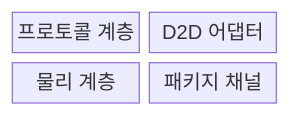
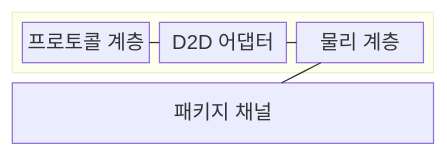
Before and after one commit to agnusdei1207/knowledge-base: the first of 2 diagrams in src/content/docs/notes/02-hardware/050_ucie.md, drawn with Mermaid. The commit also changed other lines of this file and 20 other files, not shown here.

````diff
--- a/src/content/docs/notes/02-hardware/050_ucie.md
+++ b/src/content/docs/notes/02-hardware/050_ucie.md
@@ -69,8 +66,14 @@
 ```mermaid
-block-beta
-    columns 2
-    P["프로토콜 계층"]
-    A["D2D 어댑터"]
-    Y["물리 계층"]
+block
+    columns 1
+    block:UCIe
+        columns 3
+        P["프로토콜 계층"]
+        A["D2D 어댑터"]
+        Y["물리 계층"]
+    end
     C["패키지 채널"]
+    P --- A
+    A --- Y
+    Y --- C
 ```
````
